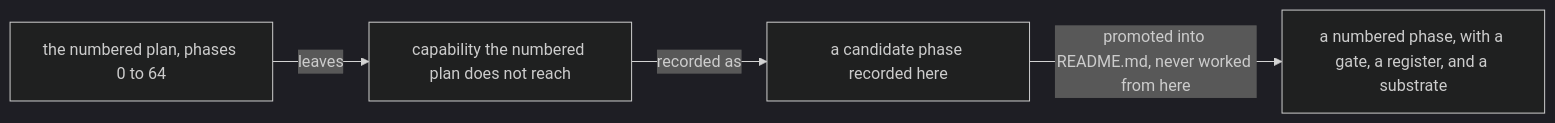
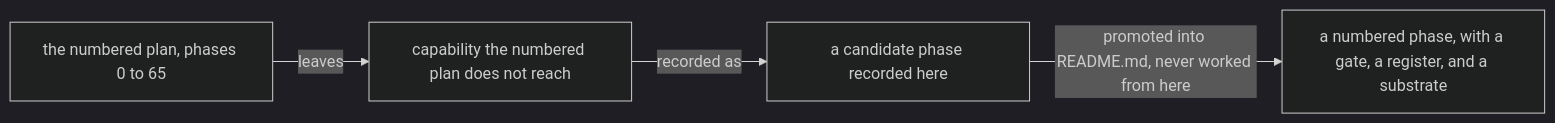
The diagram in DEVELOPMENT_PLAN/later_phases.md (Tuee22/amoebius), drawn with Mermaid (dark theme) before and after one commit. The commit also changed other lines of this file and 179 other files, not shown here.

````diff
--- a/DEVELOPMENT_PLAN/later_phases.md
+++ b/DEVELOPMENT_PLAN/later_phases.md
@@ -95,11 +95,11 @@
 ```mermaid
 flowchart LR
   %% register: orientation
-  n["the numbered plan, phases 0 to 64"]
+  n["the numbered plan, phases 0 to 65"]
   cap["capability the numbered plan does not reach"]
   cand["a candidate phase recorded here"]
   num["a numbered phase, with a gate, a register, and a substrate"]
   n -->|"leaves"| cap
   cap -->|"recorded as"| cand
   cand -->|"promoted into README.md, never worked from here"| num
 ```
````
